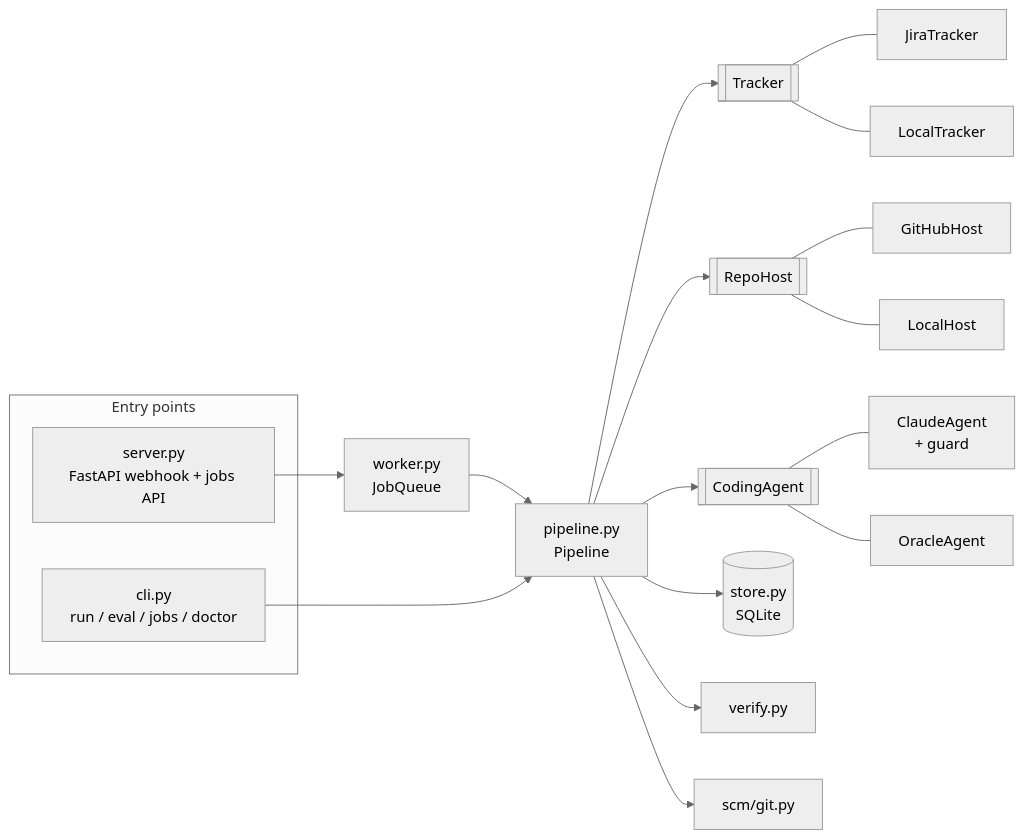
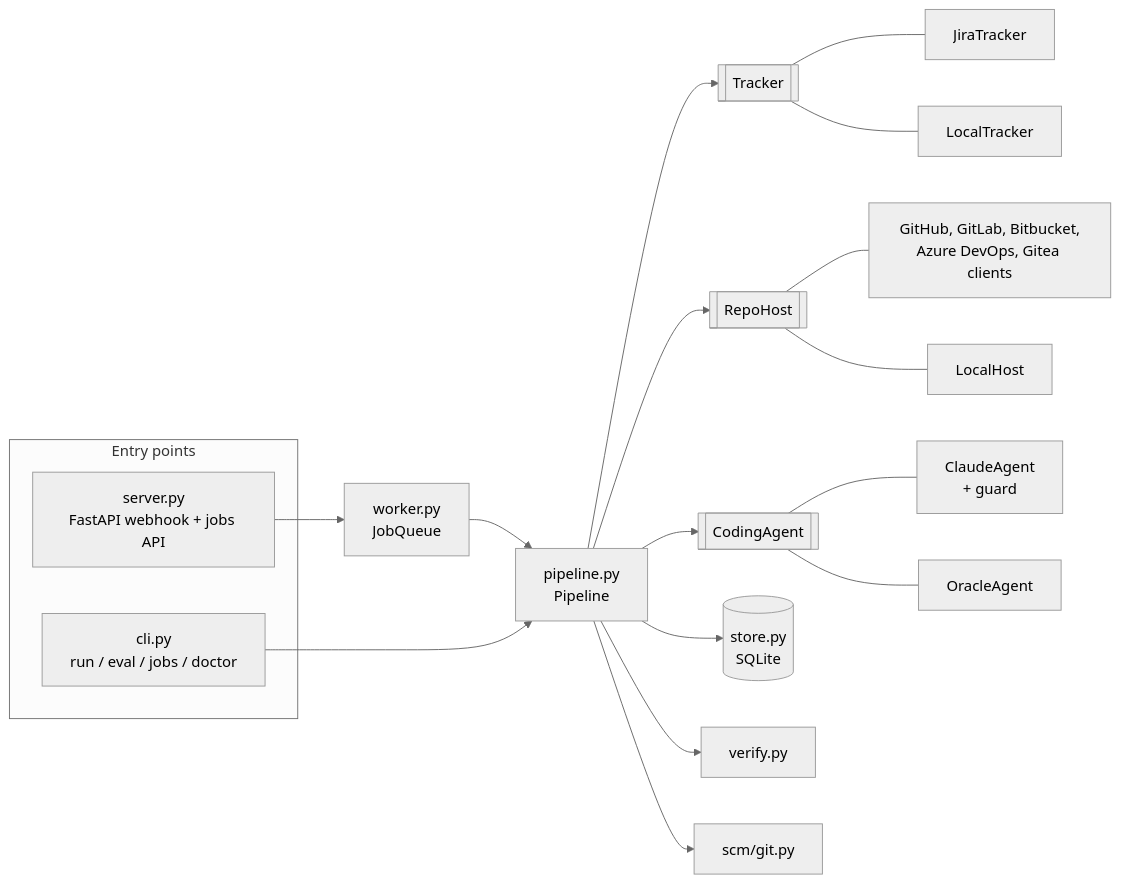
The diagram in docs/architecture.md (chawkijaballi-dev/ticket2pr), drawn with Mermaid (neutral theme) before and after one commit. The commit also changed other lines of this file and 25 other files, not shown here.

First line of the commit message:
feat: support GitLab, Bitbucket, Azure DevOps and Gitea/Forgejo next to GitHub

````diff
--- a/docs/architecture.md
+++ b/docs/architecture.md
@@ -23,19 +23,19 @@
 ```mermaid
 flowchart LR
     subgraph Entry points
         CLI[cli.py<br/>run / eval / jobs / doctor]
         HTTP[server.py<br/>FastAPI webhook + jobs API]
     end
     HTTP --> Q[worker.py<br/>JobQueue]
     Q --> P
     CLI --> P[pipeline.py<br/>Pipeline]
     P --> T[[Tracker]]
     P --> H[[RepoHost]]
     P --> A[[CodingAgent]]
     P --> S[(store.py<br/>SQLite)]
     P --> V[verify.py]
     P --> G[scm/git.py]
     T --- J[JiraTracker] & L[LocalTracker]
-    H --- GH[GitHubHost] & LH[LocalHost]
+    H --- GH[GitHub, GitLab, Bitbucket,<br/>Azure DevOps, Gitea clients] & LH[LocalHost]
     A --- C[ClaudeAgent<br/>+ guard] & O[OracleAgent]
 ```
````
